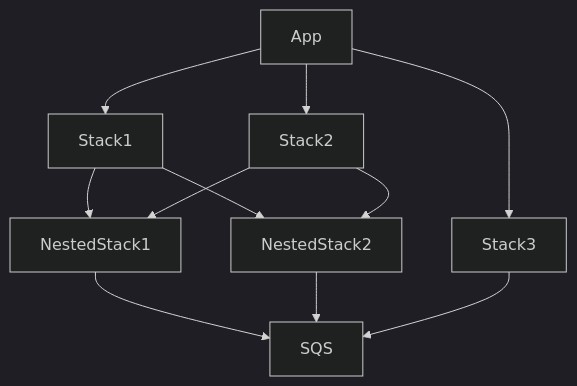
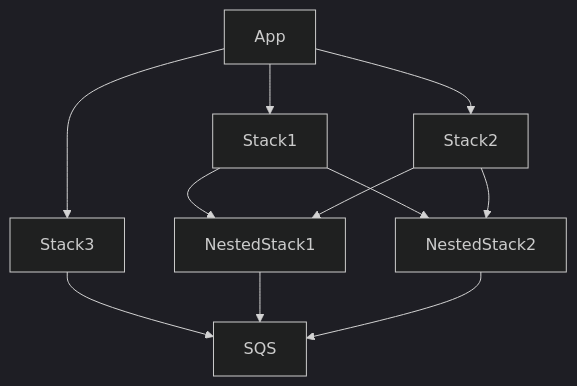
The diagram in README.md (raihalea/nestedstack-memo), drawn with Mermaid (dark theme) before and after one commit. The commit also changed other lines of this file, not shown here.

````diff
--- a/README.md
+++ b/README.md
@@ -4,16 +4,16 @@
 ```mermaid
 graph TD
   A[App] --> B[Stack1]
   A --> C[Stack2]
   A --> D[Stack3]
 
   B --> E[NestedStack1]
   B --> F[NestedStack2]
 
   C --> E
   C --> F
 
+  D --> I
   E --> I[SQS]
   F --> I
-  D --> I
 ```
````
